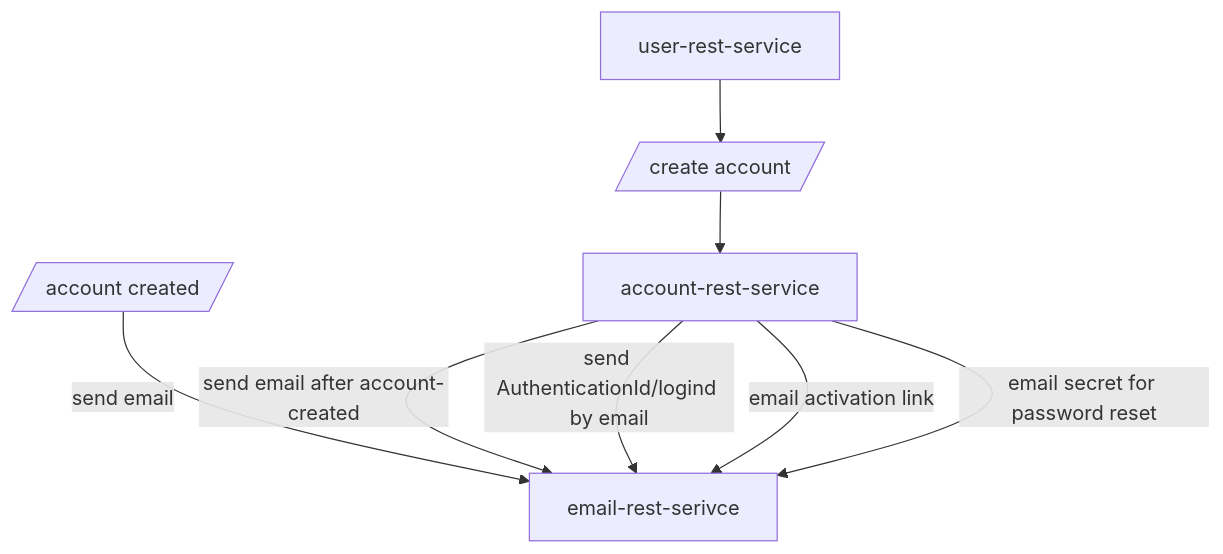
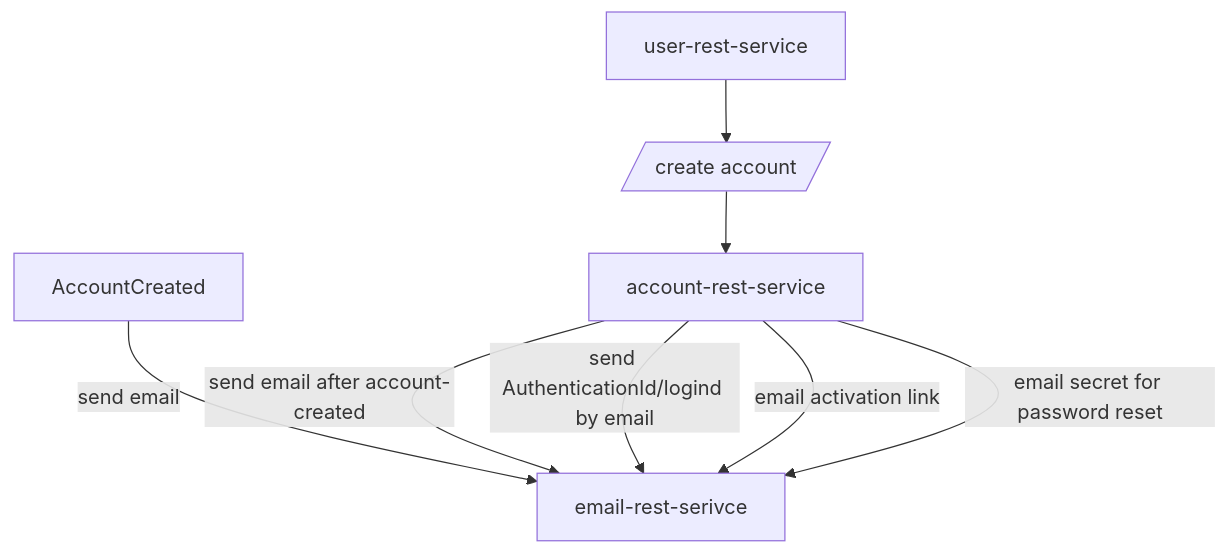
Before and after one commit to sonamsamdupkhangsar/email-rest-service: the diagram in README.md, drawn with Mermaid.

Commit message:
add mermaidms

````diff
--- a/README.md
+++ b/README.md
@@ -9,10 +9,10 @@
 ```mermaid
 flowchart TD
  User[user-rest-service] --> createAccount[/create account/] -->Account[account-rest-service]
  
- AccountCreated[/account created/] --"send email"--> email[email-rest-serivce]
+ AccountCreated--"send email"--> email[email-rest-serivce]
  Account[account-rest-service] --"send email after account-created"--> email[email-rest-serivce]
  Account --"send AuthenticationId/logind by email"--> email
  Account --"email activation link"-->email
  Account --"email secret for password reset" -->email
 ```
````
